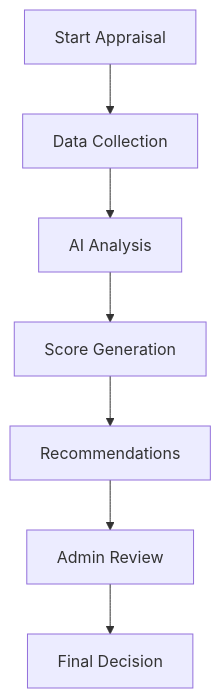
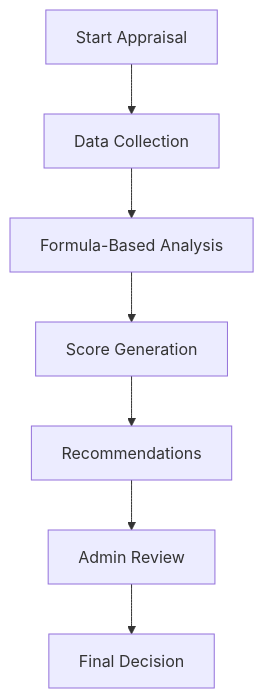
Before and after one commit to Subrat29/FacultyExcellenceTracker: the second of 2 diagrams in README.md, drawn with Mermaid. The commit also changed other lines of this file, not shown here.

````diff
--- a/README.md
+++ b/README.md
@@ -75,9 +75,9 @@
 ```mermaid
 graph TD
     A[Start Appraisal] --> B[Data Collection]
-    B --> C[AI Analysis]
+    B --> C[Formula-Based Analysis]
     C --> D[Score Generation]
     D --> E[Recommendations]
     E --> F[Admin Review]
     F --> G[Final Decision]
 ```
````
